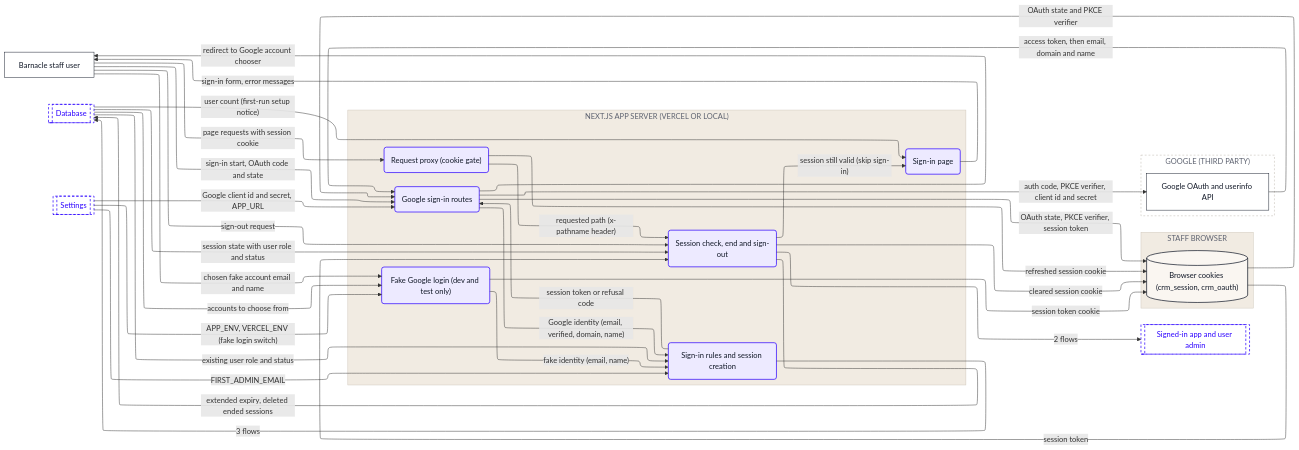
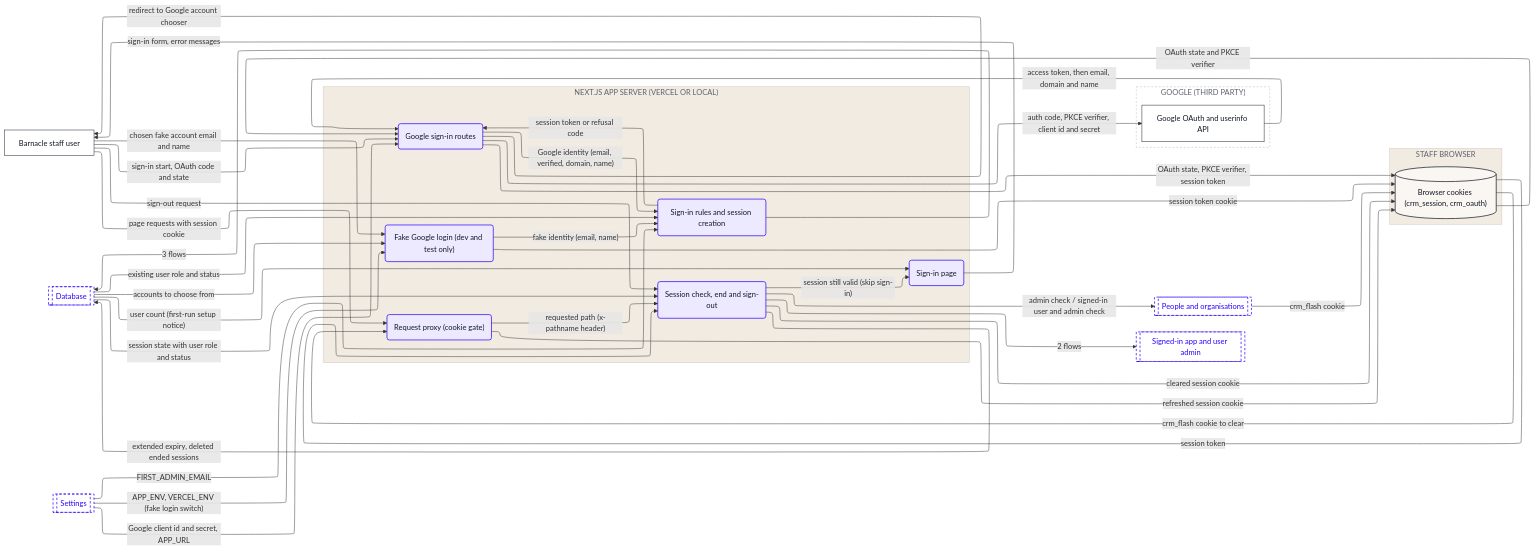
Before and after one commit to Romain-Perche/Barnacle-Pipe: the seventh of 8 diagrams in dataflow/DATAFLOW.md, drawn with Mermaid. The commit also changed other lines of this file and 12 other files, not shown here.

````diff
--- a/dataflow/DATAFLOW.md
+++ b/dataflow/DATAFLOW.md
@@ -224,67 +295,71 @@
 ```mermaid
 ---
 config:
   layout: elk
 ---
 flowchart LR
     n1["Barnacle staff user"]
     subgraph z1["NEXT.JS APP SERVER (VERCEL OR LOCAL)"]
         n2("Sign-in rules and session creation")
         n3("Fake Google login (dev and test only)")
         n4("Google sign-in routes")
         n5("Request proxy (cookie gate)")
         n6("Session check, end and sign-out")
         n7("Sign-in page")
     end
     subgraph z2["STAFF BROWSER"]
         n8[("Browser cookies (crm_session, crm_oauth)")]
     end
     subgraph z3["GOOGLE (THIRD PARTY)"]
         n9["Google OAuth and userinfo API"]
     end
     n10[["Database"]]
-    n11[["Settings"]]
-    n12[["Signed-in app and user admin"]]
+    n11[["People and organisations"]]
+    n12[["Settings"]]
+    n13[["Signed-in app and user admin"]]
     n8 -->|"OAuth state and PKCE verifier"| n4
+    n8 -->|"crm_flash cookie to clear"| n5
     n8 -->|"session token"| n6
     n2 -->|"session token or refusal code"| n4
     n2 -->|"3 flows"| n10
-    n11 -->|"FIRST_ADMIN_EMAIL"| n2
-    n11 -->|"APP_ENV, VERCEL_ENV (fake login switch)"| n3
-    n11 -->|"Google client id and secret, APP_URL"| n4
+    n12 -->|"FIRST_ADMIN_EMAIL"| n2
+    n12 -->|"APP_ENV, VERCEL_ENV (fake login switch)"| n3
+    n12 -->|"Google client id and secret, APP_URL"| n4
     n3 -->|"session token cookie"| n8
     n3 -->|"fake identity (email, name)"| n2
     n4 -->|"OAuth state, PKCE verifier, session token"| n8
     n4 -->|"Google identity (email, verified, domain, name)"| n2
     n4 -->|"auth code, PKCE verifier, client id and secret"| n9
     n4 -->|"redirect to Google account chooser"| n1
     n9 -->|"access token, then email, domain and name"| n4
     n5 -->|"refreshed session cookie"| n8
     n5 -->|"requested path (x-pathname header)"| n6
-    n6 -->|"2 flows"| n12
+    n11 -->|"crm_flash cookie"| n8
+    n6 -->|"2 flows"| n13
     n6 -->|"cleared session cookie"| n8
+    n6 -->|"admin check / signed-in user and admin check"| n11
     n6 -->|"extended expiry, deleted ended sessions"| n10
     n6 -->|"session still valid (skip sign-in)"| n7
     n10 -->|"session state with user role and status"| n6
     n7 -->|"sign-in form, error messages"| n1
     n1 -->|"chosen fake account email and name"| n3
     n1 -->|"sign-in start, OAuth code and state"| n4
     n1 -->|"page requests with session cookie"| n5
     n1 -->|"sign-out request"| n6
     n10 -->|"existing user role and status"| n2
     n10 -->|"accounts to choose from"| n3
     n10 -->|"user count (first-run setup notice)"| n7
     classDef actor fill:#FFFFFF,stroke:#111827,stroke-width:1px,color:#111827
     classDef process fill:#EDEAFF,stroke:#2B00FF,stroke-width:1.5px,color:#111827
     classDef store fill:#FAF6F1,stroke:#111827,stroke-width:1.5px,color:#111827
     classDef zone fill:#1A1A1A,stroke:#1A1A1A,color:#FFFFFF
     classDef group fill:#2B00FF,stroke:#2B00FF,color:#FFFFFF
     classDef stub fill:#FFFFFF,stroke:#2B00FF,stroke-width:1.5px,stroke-dasharray:5 4,color:#2B00FF
     class n1,n9 actor
     class n2,n3,n4,n5,n6,n7 process
     class n8 store
-    class n10,n11,n12 stub
+    class n10,n11,n12,n13 stub
     style z1 fill:#F1EBE2,stroke:#CFC7BB,color:#5D6270
     style z2 fill:#F1EBE2,stroke:#CFC7BB,color:#5D6270
     style z3 fill:#FFFFFF,stroke:#B9B2A8,stroke-dasharray:4 4,color:#5D6270
 ```
````
